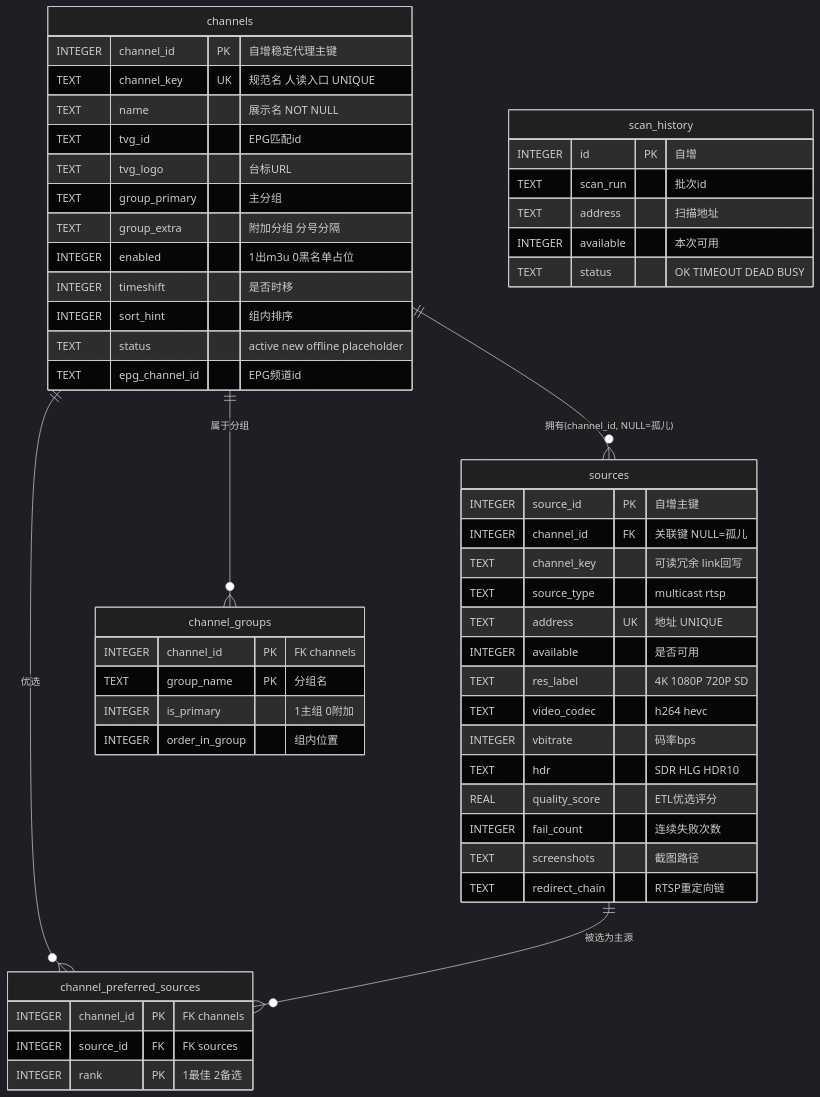
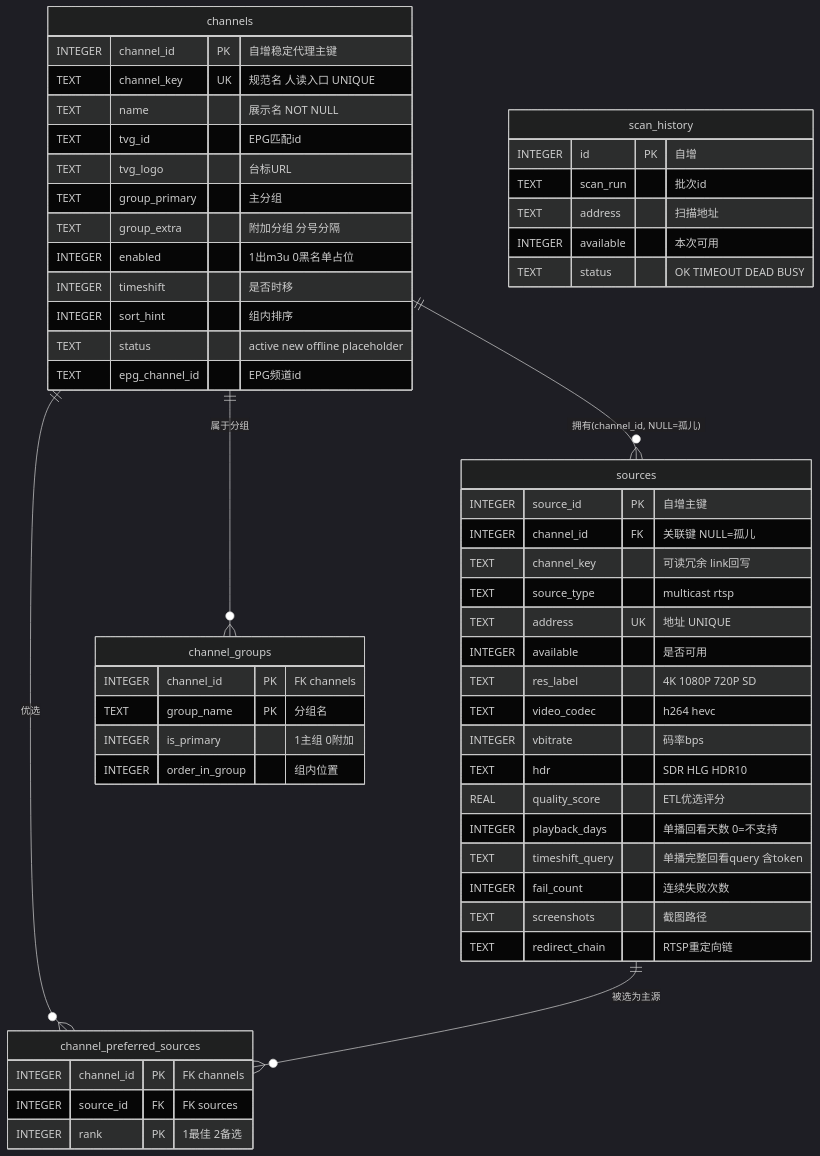
Before and after one commit to yangwudong/iptv-radar: the second of 2 diagrams in docs/design/ARCHITECTURE.md, drawn with Mermaid (dark theme). The commit also changed other lines of this file and 7 other files, not shown here.

````diff
--- a/docs/design/ARCHITECTURE.md
+++ b/docs/design/ARCHITECTURE.md
@@ -114,56 +131,58 @@
 ```mermaid
 erDiagram
     channels ||--o{ sources : "拥有(channel_id, NULL=孤儿)"
     channels ||--o{ channel_groups : "属于分组"
     channels ||--o{ channel_preferred_sources : "优选"
     sources  ||--o{ channel_preferred_sources : "被选为主源"
 
     channels {
         INTEGER channel_id PK "自增稳定代理主键"
         TEXT channel_key UK "规范名 人读入口 UNIQUE"
         TEXT name "展示名 NOT NULL"
         TEXT tvg_id "EPG匹配id"
         TEXT tvg_logo "台标URL"
         TEXT group_primary "主分组"
         TEXT group_extra "附加分组 分号分隔"
         INTEGER enabled "1出m3u 0黑名单占位"
         INTEGER timeshift "是否时移"
         INTEGER sort_hint "组内排序"
         TEXT status "active new offline placeholder"
         TEXT epg_channel_id "EPG频道id"
     }
     sources {
         INTEGER source_id PK "自增主键"
         INTEGER channel_id FK "关联键 NULL=孤儿"
         TEXT channel_key "可读冗余 link回写"
         TEXT source_type "multicast rtsp"
         TEXT address UK "地址 UNIQUE"
         INTEGER available "是否可用"
         TEXT res_label "4K 1080P 720P SD"
         TEXT video_codec "h264 hevc"
         INTEGER vbitrate "码率bps"
         TEXT hdr "SDR HLG HDR10"
         REAL quality_score "ETL优选评分"
+        INTEGER playback_days "单播回看天数 0=不支持"
+        TEXT timeshift_query "单播完整回看query 含token"
         INTEGER fail_count "连续失败次数"
         TEXT screenshots "截图路径"
         TEXT redirect_chain "RTSP重定向链"
     }
     channel_preferred_sources {
         INTEGER channel_id PK "FK channels"
         INTEGER source_id FK "FK sources"
         INTEGER rank PK "1最佳 2备选"
     }
     channel_groups {
         INTEGER channel_id PK "FK channels"
         TEXT group_name PK "分组名"
         INTEGER is_primary "1主组 0附加"
         INTEGER order_in_group "组内位置"
     }
     scan_history {
         INTEGER id PK "自增"
         TEXT scan_run "批次id"
         TEXT address "扫描地址"
         INTEGER available "本次可用"
         TEXT status "OK TIMEOUT DEAD BUSY"
     }
 ```
````
